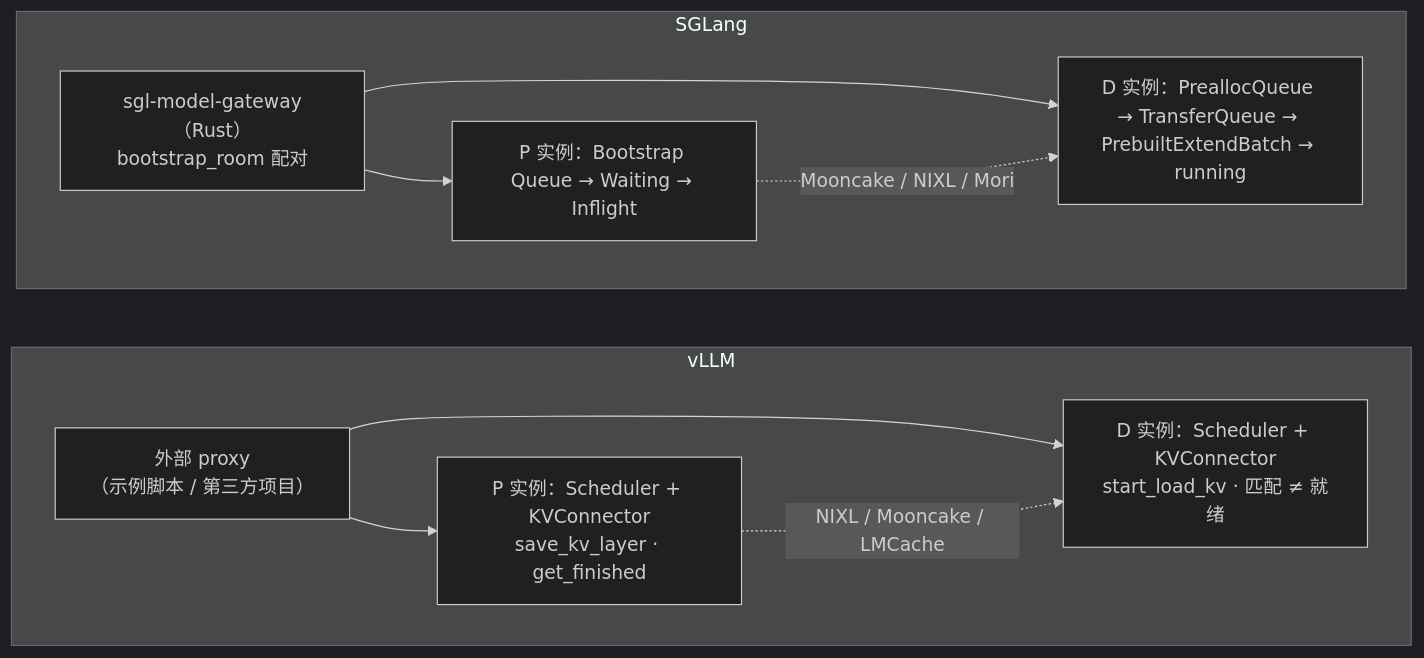
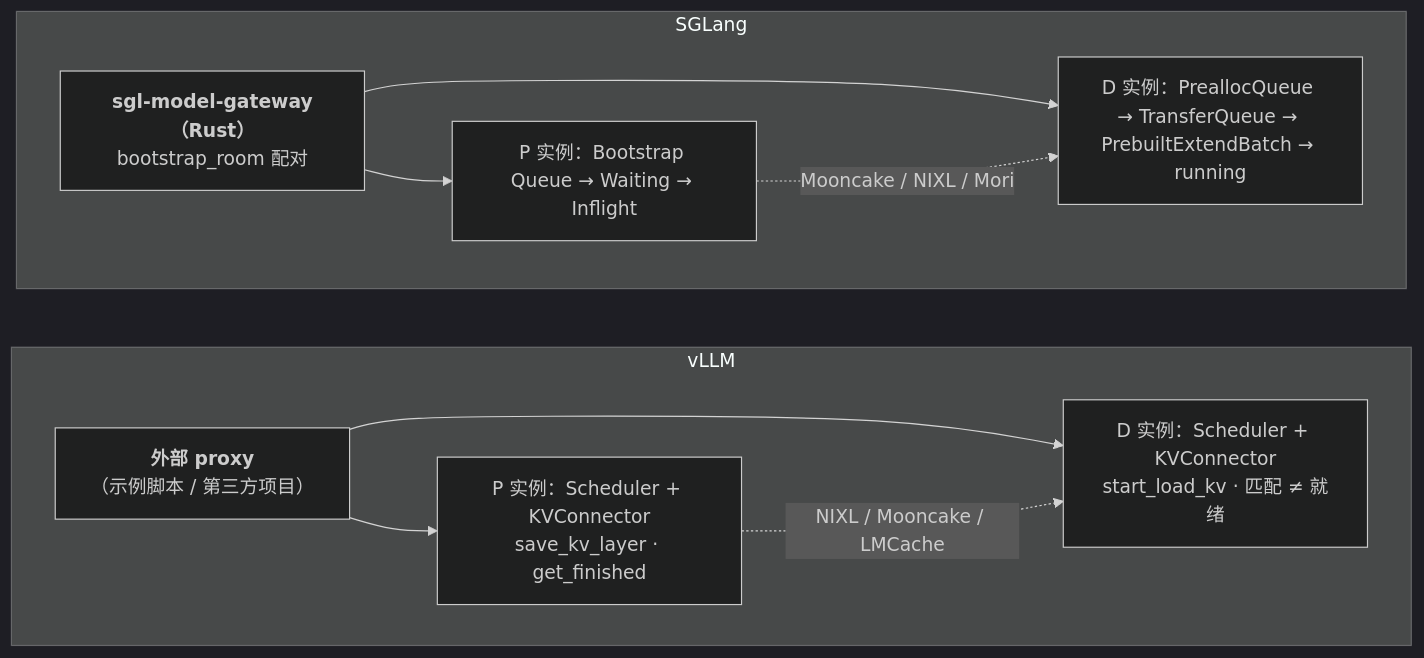
Before and after one commit to arganzheng/arganzheng.github.com: the fifth of 5 diagrams in _posts/2026-08-25-vllm-vs-sglang.md, drawn with Mermaid (dark theme). The commit also changed other lines of this file and 14 other files, not shown here.

First line of the commit message:
大模型推理系统揭秘：从 vLLM 看 LLM Serving Infra 核心技术：Mermaid 多行方框的首行标为标题（15 篇）

````diff
--- a/_posts/2026-08-25-vllm-vs-sglang.md
+++ b/_posts/2026-08-25-vllm-vs-sglang.md
@@ -373,16 +373,16 @@
 ```mermaid
 %% 图：两套 PD 分离的边界：vLLM 以 KVConnector 钩子接入 Scheduler 与 ModelRunner、路由交给外部 proxy；SGLang 在 P、D 两侧各加两级队列，网关原生配对
 flowchart LR
     subgraph VL["vLLM"]
         direction LR
-        VP["外部 proxy<br/>（示例脚本 / 第三方项目）"] --> VPP["P 实例：Scheduler + KVConnector<br/>save_kv_layer · get_finished"]
+        VP["<b>外部 proxy</b><br/>（示例脚本 / 第三方项目）"] --> VPP["P 实例：Scheduler + KVConnector<br/>save_kv_layer · get_finished"]
         VP --> VDD["D 实例：Scheduler + KVConnector<br/>start_load_kv · 匹配 ≠ 就绪"]
         VPP -.->|"NIXL / Mooncake / LMCache"| VDD
     end
     subgraph SG["SGLang"]
         direction LR
-        SGW["sgl-model-gateway（Rust）<br/>bootstrap_room 配对"] --> SPP["P 实例：Bootstrap Queue → Waiting → Inflight"]
+        SGW["<b>sgl-model-gateway（Rust）</b><br/>bootstrap_room 配对"] --> SPP["P 实例：Bootstrap Queue → Waiting → Inflight"]
         SGW --> SDD["D 实例：PreallocQueue → TransferQueue → PrebuiltExtendBatch → running"]
         SPP -.->|"Mooncake / NIXL / Mori"| SDD
     end
 ```
````
